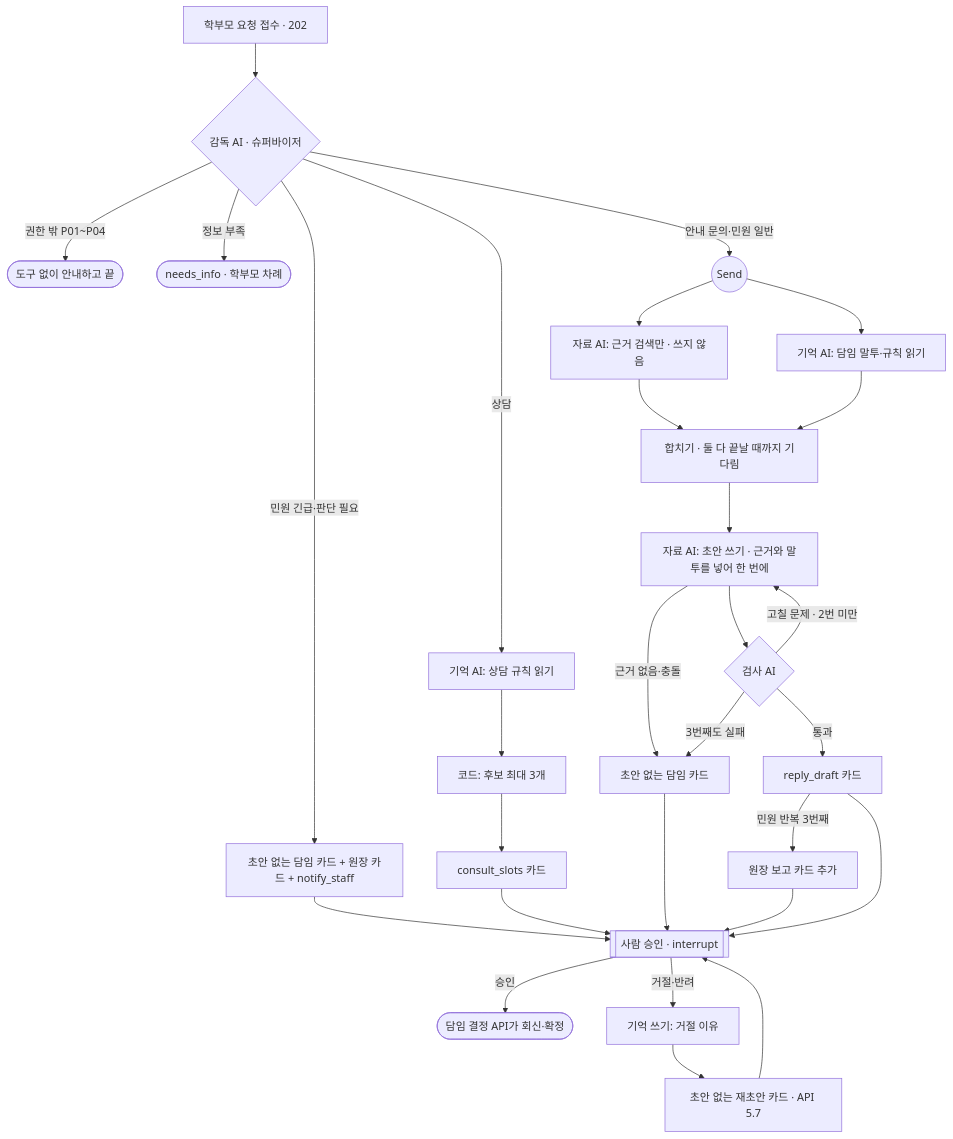
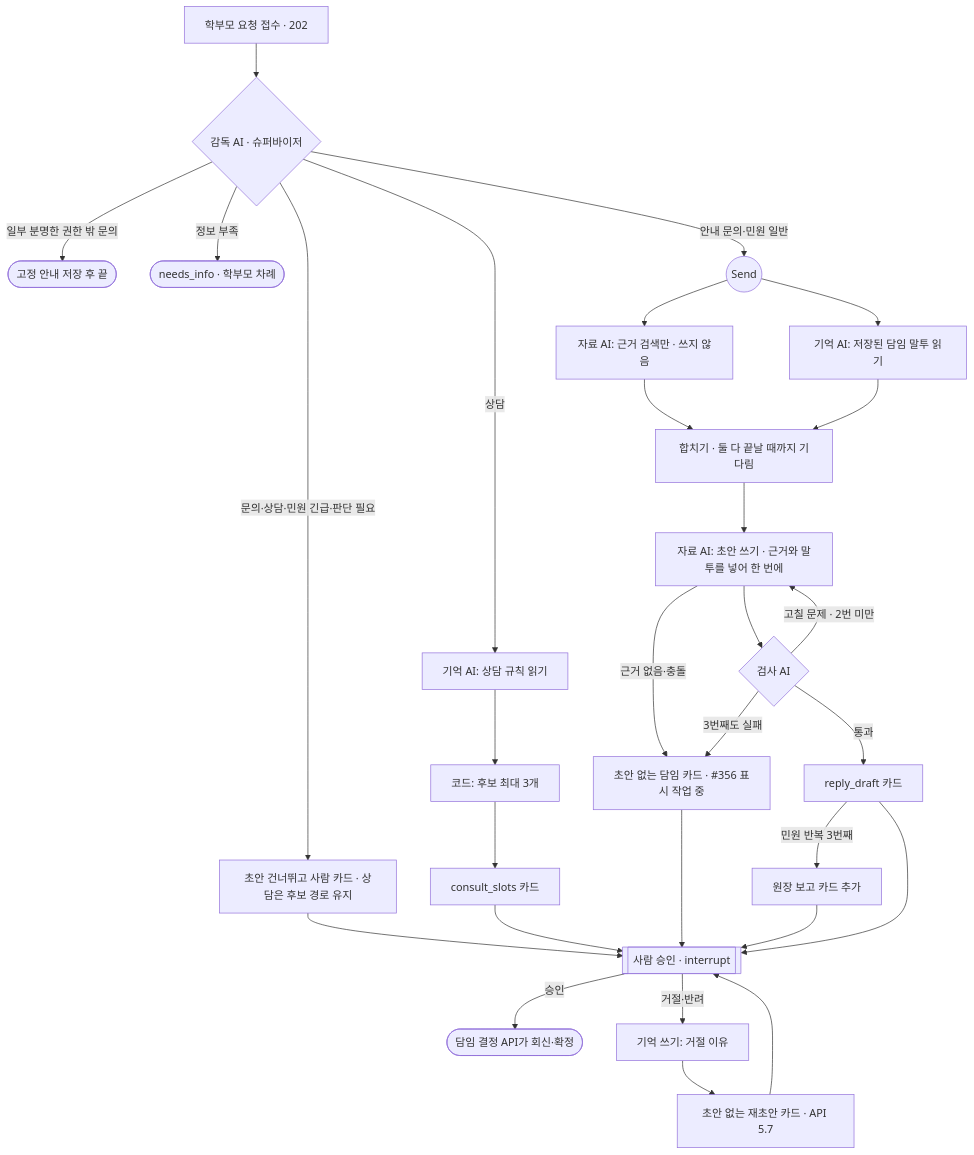
One commit to aio-final-2team/FinalProject_2Team changed the second of 5 diagrams in Docs/Step3/T47_멀티에이전트_협업_아키텍처_설계서.md. Above: the diagram before and after it, drawn with Mermaid. The commit also changed other lines of this file, not shown here.

Commit message:
docs: sync T47 architecture with current develop

````diff
--- a/Docs/Step3/T47_멀티에이전트_협업_아키텍처_설계서.md
+++ b/Docs/Step3/T47_멀티에이전트_협업_아키텍처_설계서.md
@@ -155,28 +166,28 @@
 ```mermaid
 flowchart TD
     IN[학부모 요청 접수 · 202] --> SUP{감독 AI · 슈퍼바이저}
-    SUP -->|권한 밖 P01~P04| OUT([도구 없이 안내하고 끝])
+    SUP -->|일부 분명한 권한 밖 문의| OUT([고정 안내 저장 후 끝])
     SUP -->|정보 부족| NI([needs_info · 학부모 차례])
-    SUP -->|민원 긴급·판단 필요| HC[초안 없는 담임 카드 + 원장 카드 + notify_staff]
+    SUP -->|문의·상담·민원 긴급·판단 필요| HC[초안 건너뛰고 사람 카드 · 상담은 후보 경로 유지]
     SUP -->|상담| MC[기억 AI: 상담 규칙 읽기]
     MC --> SL[코드: 후보 최대 3개] --> CC[consult_slots 카드]
     SUP -->|안내 문의·민원 일반| FAN((Send))
     FAN --> DS[자료 AI: 근거 검색만 · 쓰지 않음]
-    FAN --> MT[기억 AI: 담임 말투·규칙 읽기]
+    FAN --> MT[기억 AI: 저장된 담임 말투 읽기]
     DS --> JN[합치기 · 둘 다 끝날 때까지 기다림]
     MT --> JN
     JN --> W[자료 AI: 초안 쓰기 · 근거와 말투를 넣어 한 번에]
-    W -->|근거 없음·충돌| HC2[초안 없는 담임 카드]
+    W -->|근거 없음·충돌| HC2[초안 없는 담임 카드 · #356 표시 작업 중]
     W --> CK{검사 AI}
     CK -->|고칠 문제 · 2번 미만| W
     CK -->|3번째도 실패| HC2
     CK -->|통과| RC[reply_draft 카드]
     RC -->|민원 반복 3번째| DR[원장 보고 카드 추가]
     RC --> AP[[사람 승인 · interrupt]]
     DR --> AP
     HC --> AP
     HC2 --> AP
     CC --> AP
     AP -->|승인| SENT([담임 결정 API가 회신·확정])
     AP -->|거절·반려| MW[기억 쓰기: 거절 이유] --> RD[초안 없는 재초안 카드 · API 5.7] --> AP
 ```
````
